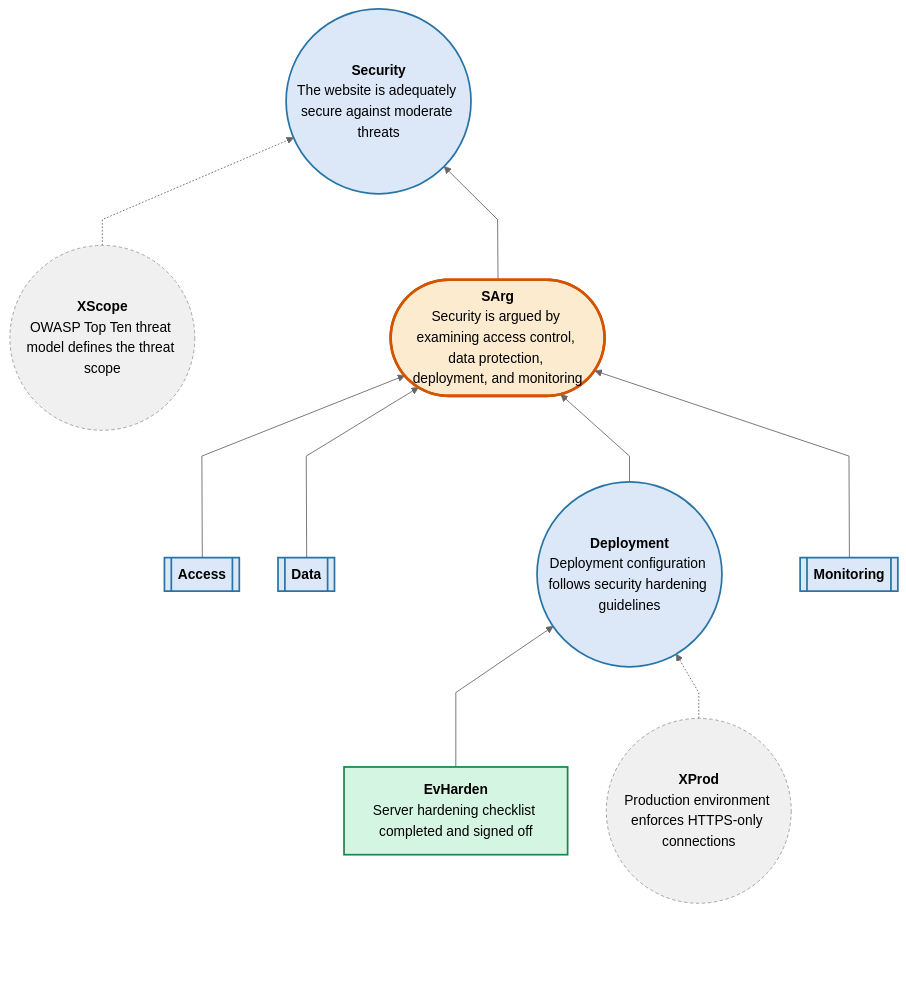
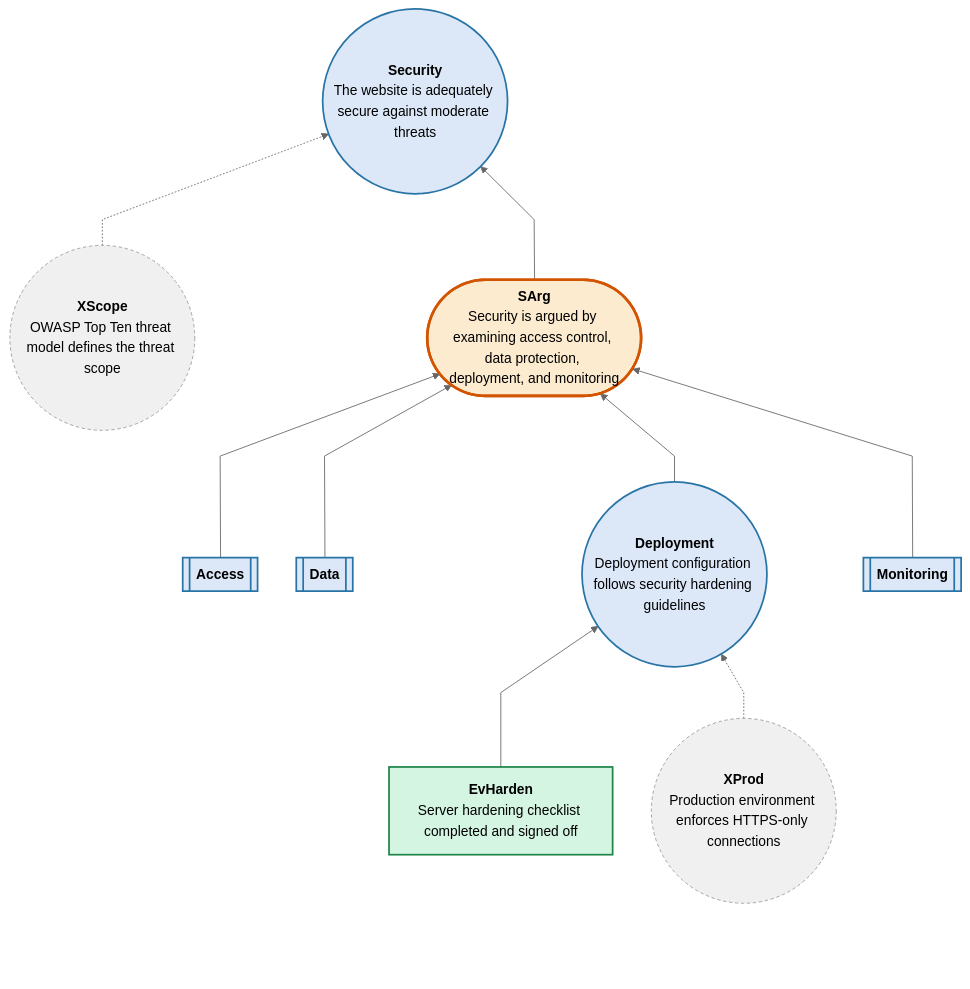
Before and after one commit to david-a-wheeler/verocase: the ninth of 12 diagrams in tests/fixtures/demo-output.expected.md, drawn with Mermaid. The commit also changed other lines of this file and 8 other files, not shown here.

First line of the commit message:
Fix GSN side-by-side rendering and use per-leaf BottomPadding nodes

````diff
--- a/tests/fixtures/demo-output.expected.md
+++ b/tests/fixtures/demo-output.expected.md
@@ -565,56 +555,56 @@
 ```mermaid
 ---
 config:
   theme: neutral
   flowchart:
     curve: linear
     htmlLabels: true
     rankSpacing: 60
     nodeSpacing: 45
     padding: 15
 ---
 flowchart BT
     classDef invisible        opacity:0
     classDef connector        fill:none,stroke:#cccccc,stroke-width:1px
     classDef caeClaimClass    fill:#dce8f8,stroke:#2874a6,stroke-width:2px,color:#000
     classDef caeArgClass      fill:#fdebd0,stroke:#d35400,stroke-width:3px,color:#000
     classDef caeEvidClass     fill:#d5f5e3,stroke:#1e8449,stroke-width:2px,color:#000
     classDef caeInfoClass     fill:#f0f0f0,stroke:#999999,stroke-width:1px,stroke-dasharray:4 3,color:#000
     classDef caeAssumedClass  fill:#e8daef,stroke:#76448a,stroke-width:2px,stroke-dasharray:4 3,color:#000
     classDef caeSideClass     fill:#d6eaf8,stroke:#1a5276,stroke-width:2px,color:#000
     classDef caeDefeaterClass fill:#fadbd8,stroke:#c0392b,stroke-width:4px,color:#000
     classDef abstractClaim    stroke-width:2px,stroke-dasharray:5 5
     Security(("<b>Security</b><br>The website is adequately secure against moderate threats")):::caeClaimClass
     XScope(("<b>XScope</b><br>OWASP Top Ten threat model defines the threat scope")):::caeInfoClass
     SArg(["<b>SArg</b><br>Security is argued by examining access control, data protection, deployment, and monitoring"]):::caeArgClass
     Access[["<b>Access</b>"]]:::caeClaimClass
     Data[["<b>Data</b>"]]:::caeClaimClass
     Deployment(("<b>Deployment</b><br>Deployment configuration follows security hardening guidelines")):::caeClaimClass
     Monitoring[["<b>Monitoring</b>"]]:::caeClaimClass
     EvHarden["<b>EvHarden</b><br>Server hardening checklist completed and signed off"]:::caeEvidClass
     XProd(("<b>XProd</b><br>Production environment enforces HTTPS-only connections")):::caeInfoClass
     click Security "https://github.com/david-a-wheeler/verocase/blob/main/tests/fixtures/demo-output.expected.md#claim-security"
     click XScope "https://github.com/david-a-wheeler/verocase/blob/main/tests/fixtures/demo-output.expected.md#context-xscope"
     click SArg "https://github.com/david-a-wheeler/verocase/blob/main/tests/fixtures/demo-output.expected.md#strategy-sarg"
     click Access "https://github.com/david-a-wheeler/verocase/blob/main/tests/fixtures/demo-output.expected.md#package-access"
     click Data "https://github.com/david-a-wheeler/verocase/blob/main/tests/fixtures/demo-output.expected.md#package-data"
     click Deployment "https://github.com/david-a-wheeler/verocase/blob/main/tests/fixtures/demo-output.expected.md#claim-deployment"
     click Monitoring "https://github.com/david-a-wheeler/verocase/blob/main/tests/fixtures/demo-output.expected.md#package-monitoring"
     click EvHarden "https://github.com/david-a-wheeler/verocase/blob/main/tests/fixtures/demo-output.expected.md#evidence-evharden"
     click XProd "https://github.com/david-a-wheeler/verocase/blob/main/tests/fixtures/demo-output.expected.md#context-xprod"
 
-    BottomPadding[ ]:::invisible ~~~ XScope
-    BottomPadding ~~~ Access
-    BottomPadding ~~~ Data
-    BottomPadding ~~~ Monitoring
-    BottomPadding ~~~ EvHarden
-    BottomPadding ~~~ XProd
+    BottomPadding1[ ]:::invisible ~~~ XScope
+    BottomPadding2[ ]:::invisible ~~~ Access
+    BottomPadding3[ ]:::invisible ~~~ Data
+    BottomPadding4[ ]:::invisible ~~~ Monitoring
+    BottomPadding5[ ]:::invisible ~~~ EvHarden
+    BottomPadding6[ ]:::invisible ~~~ XProd
     XScope -.-> Security
     Access --> SArg
     Data --> SArg
     EvHarden --> Deployment
     XProd -.-> Deployment
     Deployment --> SArg
     Monitoring --> SArg
     SArg --> Security
 ```
````
